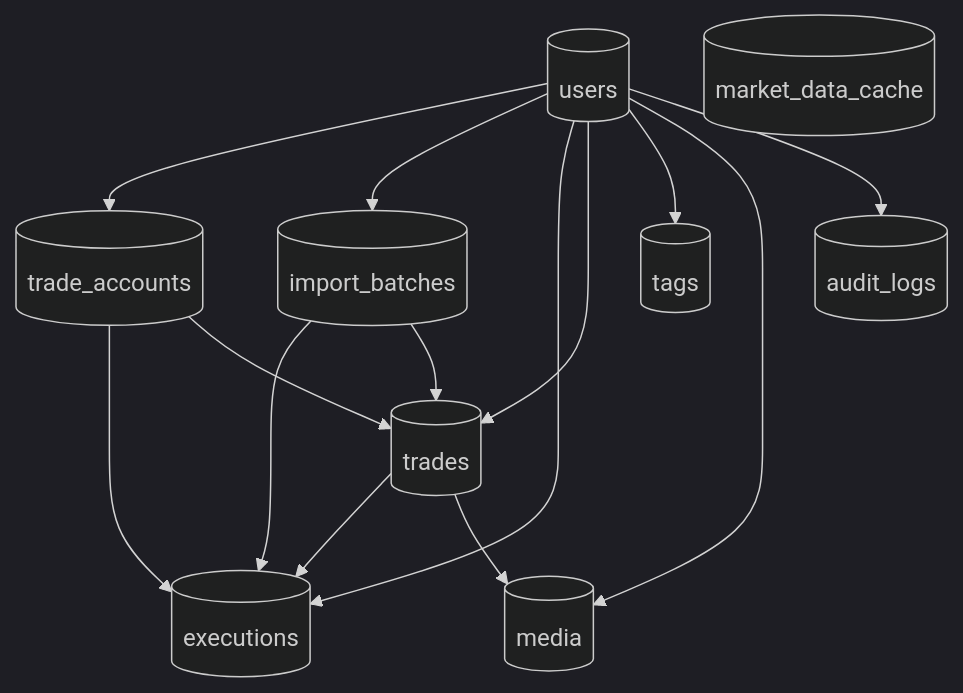
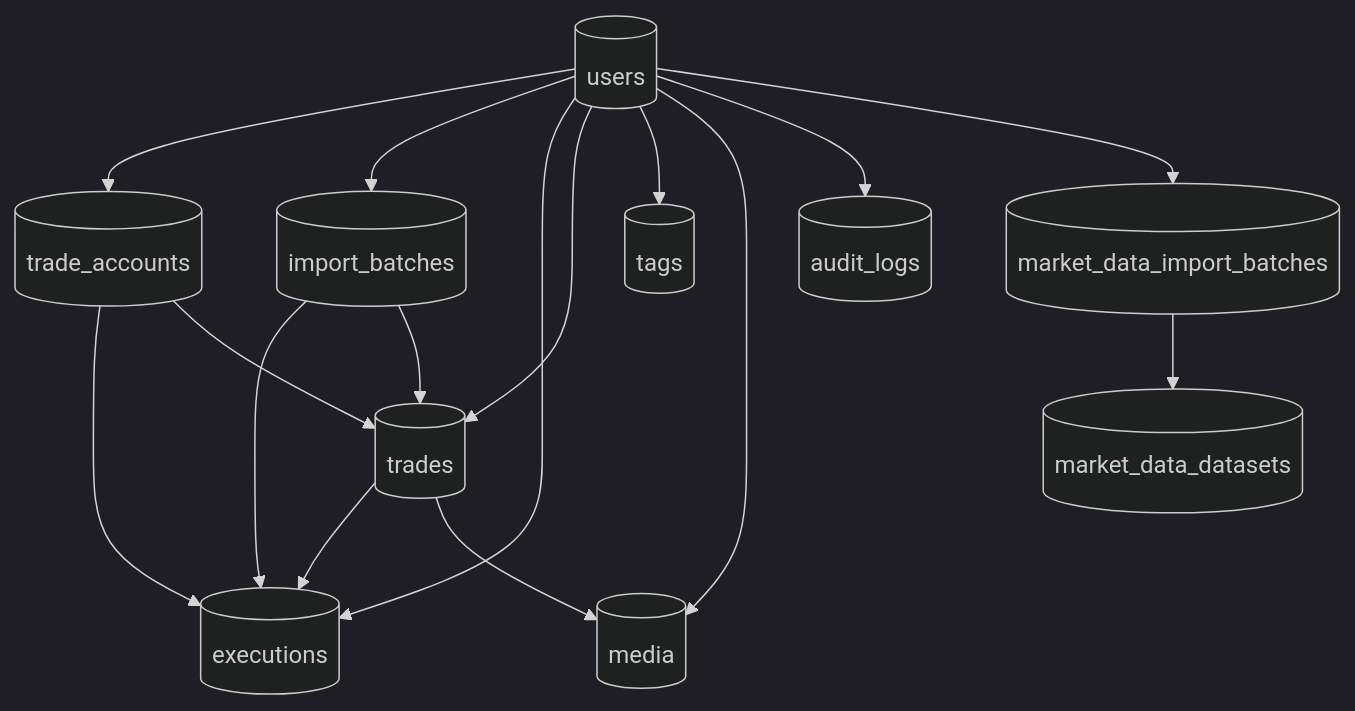
The first of 4 diagrams in docs/architecture/database.md (diridevelops/JanusEdge), drawn with Mermaid (dark theme) before and after one commit. The commit also changed other lines of this file and 60 other files, not shown here.

Commit message:
Import market data from NinjaTrader history export

````diff
--- a/docs/architecture/database.md
+++ b/docs/architecture/database.md
@@ -16,26 +16,29 @@
 ```mermaid
 graph TB
   Users[(users)]
   Accounts[(trade_accounts)]
   Batches[(import_batches)]
   Executions[(executions)]
   Trades[(trades)]
   Tags[(tags)]
   Media[(media)]
-  Market[(market_data_cache)]
+  MarketDatasets[(market_data_datasets)]
+  MarketBatches[(market_data_import_batches)]
   Audit[(audit_logs)]
 
   Users --> Accounts
   Users --> Batches
   Users --> Executions
   Users --> Trades
   Users --> Tags
   Users --> Media
   Users --> Audit
+  Users --> MarketBatches
   Accounts --> Executions
   Accounts --> Trades
   Batches --> Executions
   Batches --> Trades
   Trades --> Executions
   Trades --> Media
+  MarketBatches --> MarketDatasets
 ```
````
